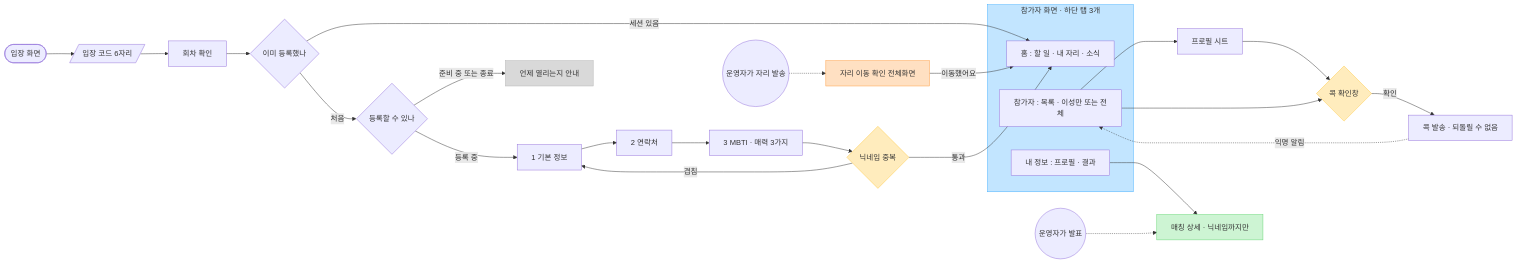
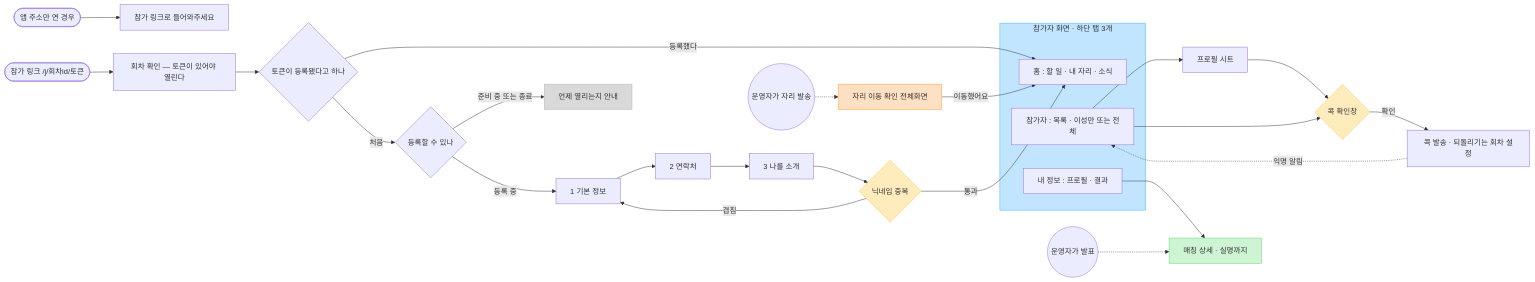
The first of 6 diagrams in docs/USER-FLOWS.md (xcellentbird/tone-pick), drawn with Mermaid before and after one commit. The commit also changed other lines of this file and 9 other files, not shown here.

````diff
--- a/docs/USER-FLOWS.md
+++ b/docs/USER-FLOWS.md
@@ -19,56 +19,58 @@
 ```mermaid
 flowchart LR
-    start(["입장 화면"])
-    code[/"입장 코드 6자리"/]
-    joinInfo["회차 확인"]
-    joinCheck{"이미 등록했나"}
+    link(["참가 링크 /j/회차id/토큰"])
+    app(["앱 주소만 연 경우"])
+    linkOnly["참가 링크로 들어와주세요"]
+    joinInfo["회차 확인 — 토큰이 있어야 열린다"]
+    joinCheck{"토큰이 등록됐다고 하나"}
     canReg{"등록할 수 있나"}
     closed["언제 열리는지 안내"]
 
     reg1["1 기본 정보"]
     reg2["2 연락처"]
-    reg3["3 MBTI · 매력 3가지"]
+    reg3["3 나를 소개"]
     nickTaken{"닉네임 중복"}
 
     subgraph tabs ["참가자 화면 · 하단 탭 3개"]
         home["홈 : 할 일 · 내 자리 · 소식"]
         people["참가자 : 목록 · 이성만 또는 전체"]
         me["내 정보 : 프로필 · 결과"]
     end
 
     profile["프로필 시트"]
     pokeConfirm{"콕 확인창"}
-    poked["콕 발송 · 되돌릴 수 없음"]
+    poked["콕 발송 · 되돌리기는 회차 설정"]
     seatAck["자리 이동 확인 전체화면"]
-    result["매칭 상세 · 닉네임까지만"]
+    result["매칭 상세 · 실명까지"]
 
     hostSeat(("운영자가 자리 발송"))
     hostReveal(("운영자가 발표"))
 
-    start --> code --> joinInfo --> joinCheck
-    joinCheck -->|"세션 있음"| home
+    app --> linkOnly
+    link --> joinInfo --> joinCheck
+    joinCheck -->|"등록했다"| home
     joinCheck -->|"처음"| canReg
     canReg -->|"준비 중 또는 종료"| closed
     canReg -->|"등록 중"| reg1
     reg1 --> reg2 --> reg3 --> nickTaken
     nickTaken -->|"겹침"| reg1
     nickTaken -->|"통과"| home
 
     people --> profile
     people --> pokeConfirm
     profile --> pokeConfirm
     pokeConfirm -->|"확인"| poked
     poked -.->|"익명 알림"| people
 
     hostSeat -.-> seatAck
     seatAck -->|"이동했어요"| home
     hostReveal -.-> result
     me --> result
 
     style tabs fill:#C2E5FF,stroke:#3DADFF
     style closed fill:#D9D9D9,stroke:#B3B3B3
     style pokeConfirm fill:#FFECBD,stroke:#FFC943
     style nickTaken fill:#FFECBD,stroke:#FFC943
     style seatAck fill:#FFE0C2,stroke:#FF9E42
     style result fill:#CDF4D3,stroke:#66D575
 ```
````
